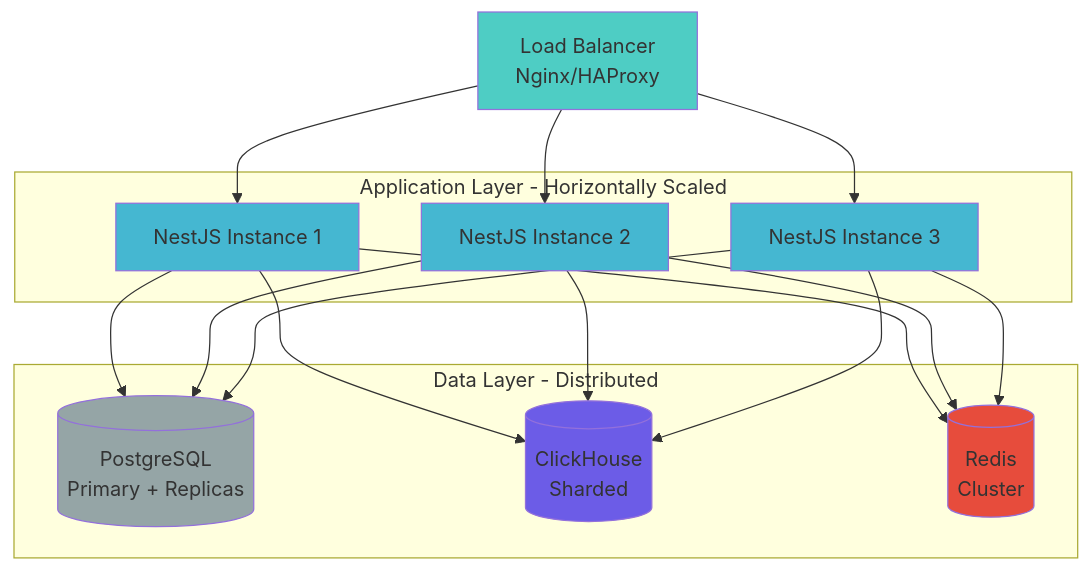
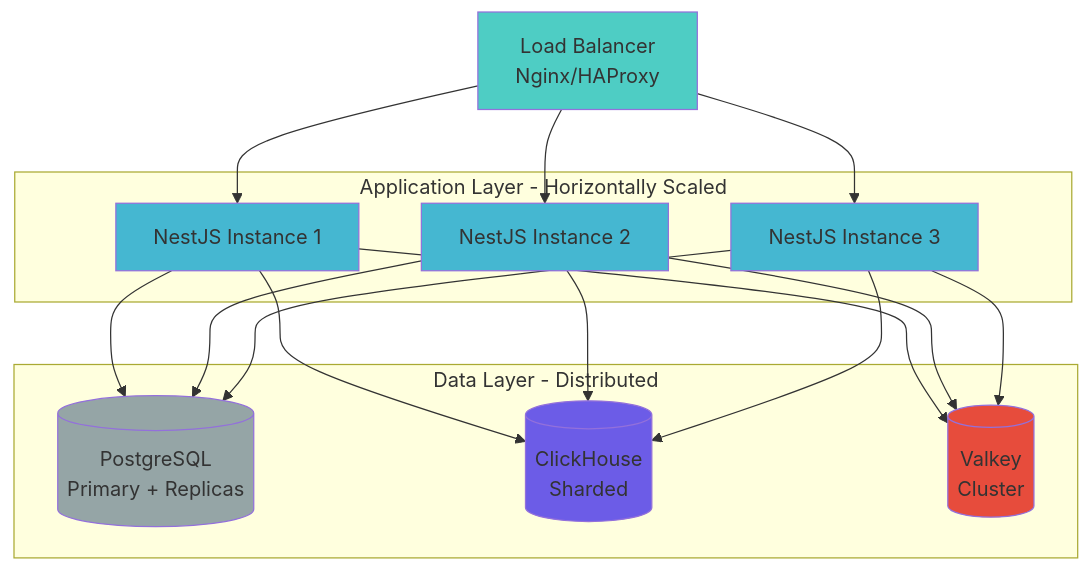
One commit to telemetryflow/telemetryflow-overview changed diagram 14 of 14 in architecture/01-SYSTEM-ARCHITECTURE.md. Above: the diagram before and after it, drawn with Mermaid. The commit also changed other lines of this file and 23 other files, not shown here.

First line of the commit message:
docs: relabel Redis->Valkey in architecture/diagrams/prose (follow-up sweep)

````diff
--- a/architecture/01-SYSTEM-ARCHITECTURE.md
+++ b/architecture/01-SYSTEM-ARCHITECTURE.md
@@ -778,40 +778,40 @@
 ```mermaid
 graph TB
     LB[Load Balancer<br/>Nginx/HAProxy]
 
     subgraph "Application Layer - Horizontally Scaled"
         N1[NestJS Instance 1]
         N2[NestJS Instance 2]
         N3[NestJS Instance 3]
     end
 
     subgraph "Data Layer - Distributed"
         PG[(PostgreSQL<br/>Primary + Replicas)]
         CH[(ClickHouse<br/>Sharded)]
-        RD[(Redis<br/>Cluster)]
+        RD[(Valkey<br/>Cluster)]
     end
 
     LB --> N1
     LB --> N2
     LB --> N3
 
     N1 --> PG
     N1 --> CH
     N1 --> RD
 
     N2 --> PG
     N2 --> CH
     N2 --> RD
 
     N3 --> PG
     N3 --> CH
     N3 --> RD
 
     style LB fill:#4ecdc4
     style N1 fill:#45b7d1
     style N2 fill:#45b7d1
     style N3 fill:#45b7d1
     style PG fill:#95a5a6
     style CH fill:#6c5ce7
     style RD fill:#e74c3c
 ```
````
